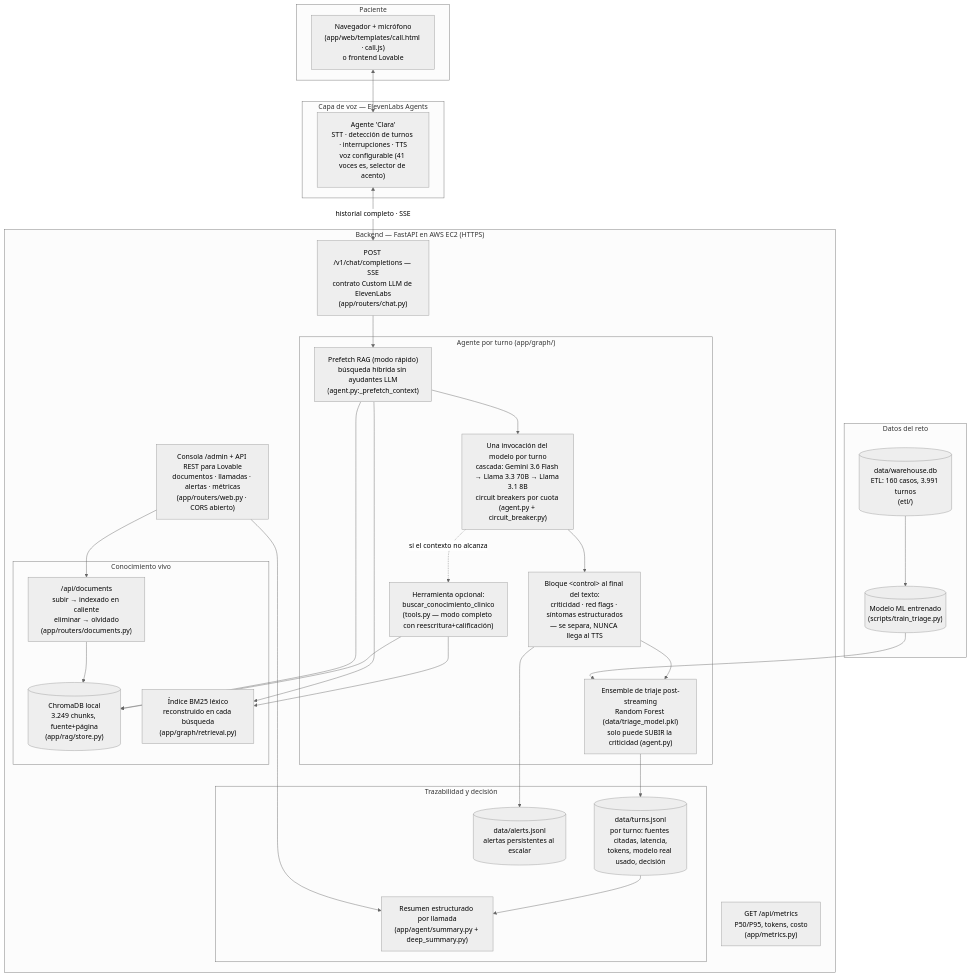
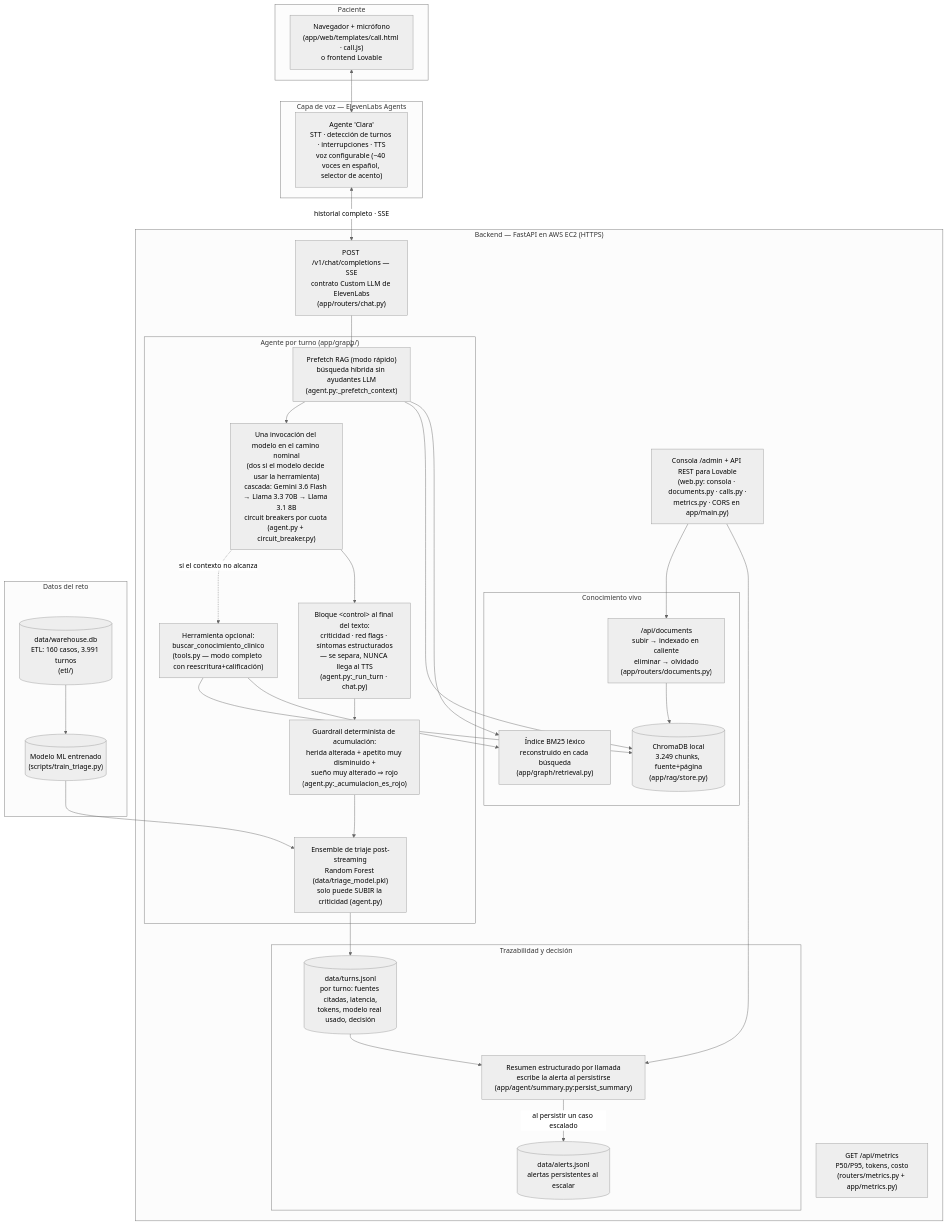
One commit to NatoRemolina/postop-voice-agent changed the first of 3 diagrams in docs/entregables/diagrama.md. Above: the diagram before and after it, drawn with Mermaid (neutral theme). The commit also changed other lines of this file and 5 other files, not shown here.

Commit message:
Correcciones de auditoría: síntomas estructurados en el resumen, prompt de voz más breve y empático, diagrama fiel al código y README sin ambigüedades

````diff
--- a/docs/entregables/diagrama.md
+++ b/docs/entregables/diagrama.md
@@ -9,59 +9,60 @@
 ```mermaid
 flowchart TB
     subgraph paciente["Paciente"]
         MIC["Navegador + micrófono<br/>(app/web/templates/call.html · call.js)<br/>o frontend Lovable"]
     end
 
     subgraph voz["Capa de voz — ElevenLabs Agents"]
-        EL["Agente 'Clara'<br/>STT · detección de turnos · interrupciones · TTS<br/>voz configurable (41 voces es, selector de acento)"]
+        EL["Agente 'Clara'<br/>STT · detección de turnos · interrupciones · TTS<br/>voz configurable (~40 voces en español, selector de acento)"]
     end
 
     subgraph backend["Backend — FastAPI en AWS EC2 (HTTPS)"]
         CHAT["POST /v1/chat/completions — SSE<br/>contrato Custom LLM de ElevenLabs<br/>(app/routers/chat.py)"]
 
         subgraph agente["Agente por turno (app/graph/)"]
             PRE["Prefetch RAG (modo rápido)<br/>búsqueda híbrida sin ayudantes LLM<br/>(agent.py:_prefetch_context)"]
-            LLM["Una invocación del modelo por turno<br/>cascada: Gemini 3.6 Flash → Llama 3.3 70B → Llama 3.1 8B<br/>circuit breakers por cuota (agent.py + circuit_breaker.py)"]
+            LLM["Una invocación del modelo en el camino nominal<br/>(dos si el modelo decide usar la herramienta)<br/>cascada: Gemini 3.6 Flash → Llama 3.3 70B → Llama 3.1 8B<br/>circuit breakers por cuota (agent.py + circuit_breaker.py)"]
             TOOL["Herramienta opcional:<br/>buscar_conocimiento_clinico<br/>(tools.py — modo completo con reescritura+calificación)"]
-            CTRL["Bloque &lt;control&gt; al final del texto:<br/>criticidad · red flags · síntomas estructurados<br/>— se separa, NUNCA llega al TTS"]
+            CTRL["Bloque &lt;control&gt; al final del texto:<br/>criticidad · red flags · síntomas estructurados<br/>— se separa, NUNCA llega al TTS<br/>(agent.py:_run_turn · chat.py)"]
             ML["Ensemble de triaje post-streaming<br/>Random Forest (data/triage_model.pkl)<br/>solo puede SUBIR la criticidad (agent.py)"]
+            ACUM["Guardrail determinista de acumulación:<br/>herida alterada + apetito muy disminuido +<br/>sueño muy alterado ⇒ rojo<br/>(agent.py:_acumulacion_es_rojo)"]
         end
 
         subgraph conocimiento["Conocimiento vivo"]
             CHROMA[("ChromaDB local<br/>3.249 chunks, fuente+página<br/>(app/rag/store.py)")]
             BM25["Índice BM25 léxico<br/>reconstruido en cada búsqueda<br/>(app/graph/retrieval.py)"]
             DOCS["/api/documents<br/>subir → indexado en caliente<br/>eliminar → olvidado<br/>(app/routers/documents.py)"]
         end
 
         subgraph registro["Trazabilidad y decisión"]
             TURNS[("data/turns.jsonl<br/>por turno: fuentes citadas, latencia,<br/>tokens, modelo real usado, decisión")]
             ALERTS[("data/alerts.jsonl<br/>alertas persistentes al escalar")]
-            SUMM["Resumen estructurado por llamada<br/>(app/agent/summary.py + deep_summary.py)"]
+            SUMM["Resumen estructurado por llamada<br/>escribe la alerta al persistirse<br/>(app/agent/summary.py:persist_summary)"]
         end
 
-        ADMIN["Consola /admin + API REST para Lovable<br/>documentos · llamadas · alertas · métricas<br/>(app/routers/web.py · CORS abierto)"]
-        METRICS["GET /api/metrics<br/>P50/P95, tokens, costo<br/>(app/metrics.py)"]
+        ADMIN["Consola /admin + API REST para Lovable<br/>(web.py: consola · documents.py · calls.py ·<br/>metrics.py · CORS en app/main.py)"]
+        METRICS["GET /api/metrics<br/>P50/P95, tokens, costo<br/>(routers/metrics.py + app/metrics.py)"]
     end
 
     subgraph datos["Datos del reto"]
         WH[("data/warehouse.db<br/>ETL: 160 casos, 3.991 turnos<br/>(etl/)")]
         PKL[("Modelo ML entrenado<br/>(scripts/train_triage.py)")]
     end
 
     MIC <--> EL
     EL <-->|"historial completo · SSE"| CHAT
     CHAT --> PRE --> LLM
     LLM -.->|"si el contexto no alcanza"| TOOL
     TOOL --> CHROMA
     TOOL --> BM25
     PRE --> CHROMA
     PRE --> BM25
-    LLM --> CTRL --> ML
+    LLM --> CTRL --> ACUM --> ML
     ML --> TURNS
-    CTRL --> ALERTS
     TURNS --> SUMM
+    SUMM -->|"al persistir un caso escalado"| ALERTS
     DOCS --> CHROMA
     ADMIN --> DOCS
     ADMIN --> SUMM
     WH --> PKL --> ML
 ```
````
